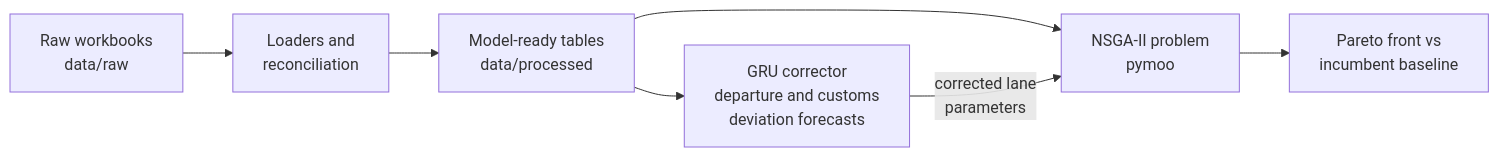
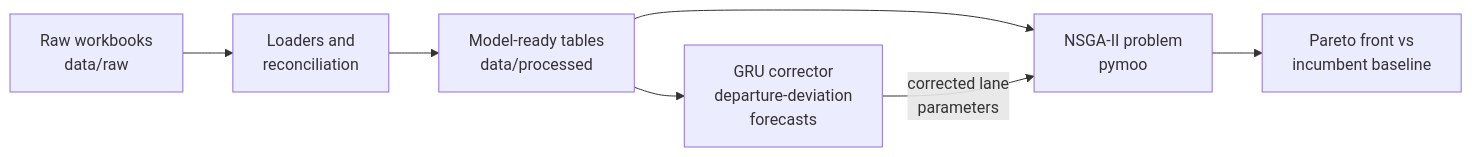
The diagram in docs/plan.md (Rogupe/DissertationForMSCinLSCM), drawn with Mermaid before and after one commit. The commit also changed other lines of this file and 3 other files, not shown here.

````diff
--- a/docs/plan.md
+++ b/docs/plan.md
@@ -17,9 +17,9 @@
 ```mermaid
 flowchart LR
     A[Raw workbooks<br/>data/raw] --> B[Loaders and<br/>reconciliation]
     B --> C[Model-ready tables<br/>data/processed]
-    C --> D[GRU corrector<br/>departure and customs<br/>deviation forecasts]
+    C --> D[GRU corrector<br/>departure-deviation<br/>forecasts]
     C --> E[NSGA-II problem<br/>pymoo]
     D -->|corrected lane<br/>parameters| E
     E --> F[Pareto front vs<br/>incumbent baseline]
 ```
````
